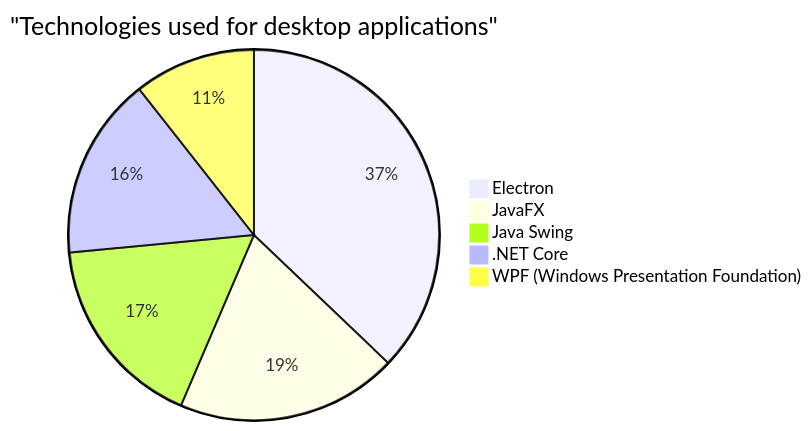
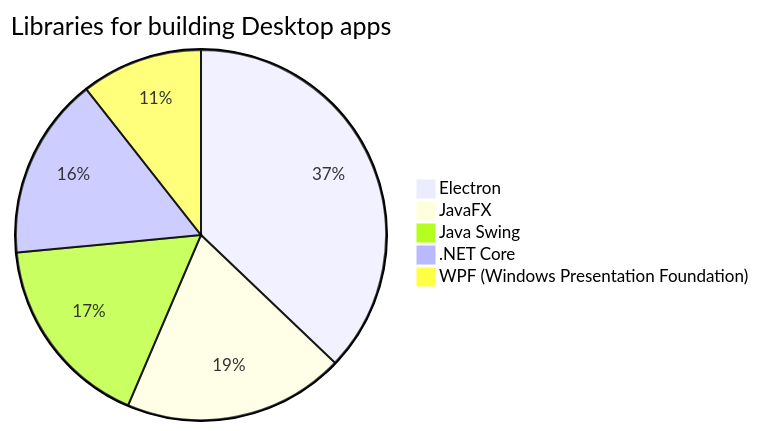
The fourth of 16 diagrams in website/docs/insights/technology-trends.md (Fcmam5/state-of-dz-swe-2024), drawn with Mermaid before and after one commit. The commit also changed other lines of this file and 5 other files, not shown here.

Commit message:
Fix charts; add new page

````diff
--- a/website/docs/insights/technology-trends.md
+++ b/website/docs/insights/technology-trends.md
@@ -74,9 +74,9 @@
 ```mermaid
 pie
-    title "Technologies used for desktop applications"
+    title Libraries for building Desktop apps
     "Electron" : 98
     "JavaFX" : 51
     "Java Swing" : 45
     ".NET Core" : 42
     "WPF (Windows Presentation Foundation)" : 28
 ```
````
